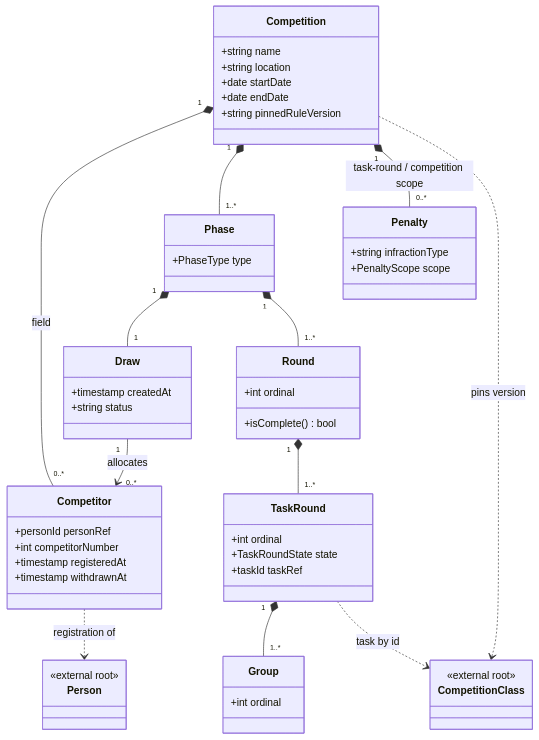
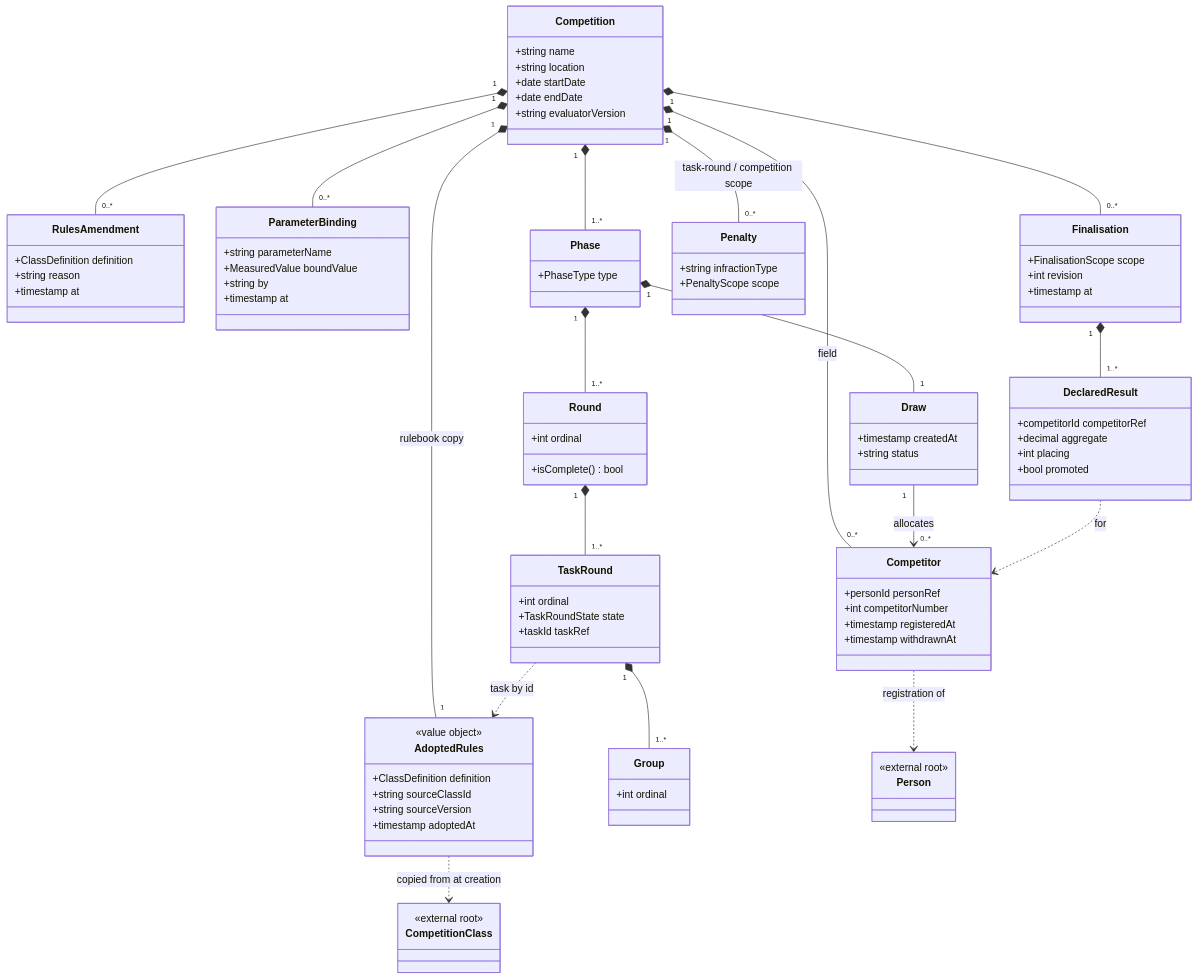
Before and after one commit to petegee/Soarscore2: the third of 5 diagrams in docs/aggregate-roots.md, drawn with Mermaid. The commit also changed other lines of this file and 3 other files, not shown here.

```diff
--- a/docs/aggregate-roots.md
+++ b/docs/aggregate-roots.md
@@ -152,7 +210,36 @@
         +string location
         +date startDate
         +date endDate
-        +string pinnedRuleVersion
+        +string evaluatorVersion
+    }
+    class AdoptedRules {
+        <<value object>>
+        +ClassDefinition definition
+        +string sourceClassId
+        +string sourceVersion
+        +timestamp adoptedAt
+    }
+    class RulesAmendment {
+        +ClassDefinition definition
+        +string reason
+        +timestamp at
+    }
+    class ParameterBinding {
+        +string parameterName
+        +MeasuredValue boundValue
+        +string by
+        +timestamp at
+    }
+    class Finalisation {
+        +FinalisationScope scope
+        +int revision
+        +timestamp at
+    }
+    class DeclaredResult {
+        +competitorId competitorRef
+        +decimal aggregate
+        +int placing
+        +bool promoted
     }
     class Competitor {
         +personId personRef
@@ -192,6 +279,11 @@
 
     Competition "1" *-- "0..*" Competitor : field
     Competition "1" *-- "1..*" Phase
+    Competition "1" *-- "1" AdoptedRules : rulebook copy
+    Competition "1" *-- "0..*" RulesAmendment
+    Competition "1" *-- "0..*" ParameterBinding
+    Competition "1" *-- "0..*" Finalisation
+    Finalisation "1" *-- "1..*" DeclaredResult
     Phase "1" *-- "1" Draw
     Phase "1" *-- "1..*" Round
     Round "1" *-- "1..*" TaskRound
@@ -199,9 +291,10 @@
     Competition "1" *-- "0..*" Penalty : task-round / competition scope
 
     Draw "1" --> "0..*" Competitor : allocates
-    Competition ..> CompetitionClass : pins version
     Competitor ..> Person : registration of
-    TaskRound ..> CompetitionClass : task by id
+    DeclaredResult ..> Competitor : for
+    TaskRound ..> AdoptedRules : task by id
+    AdoptedRules ..> CompetitionClass : copied from at creation
 
     classDef root fill:#FFE873,stroke:#E5B700,stroke-width:2px,color:#1A1A1A
     classDef external fill:#EEEEEE,stroke:#BDBDBD,stroke-width:1px,color:#555
```
